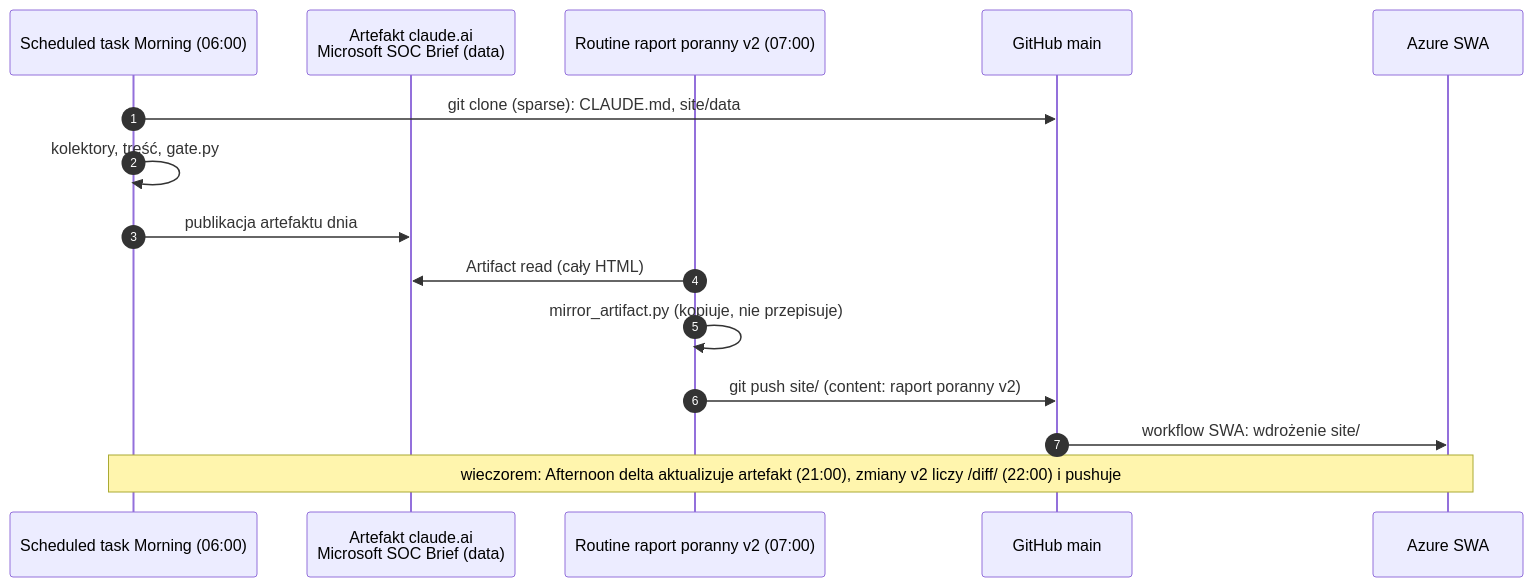
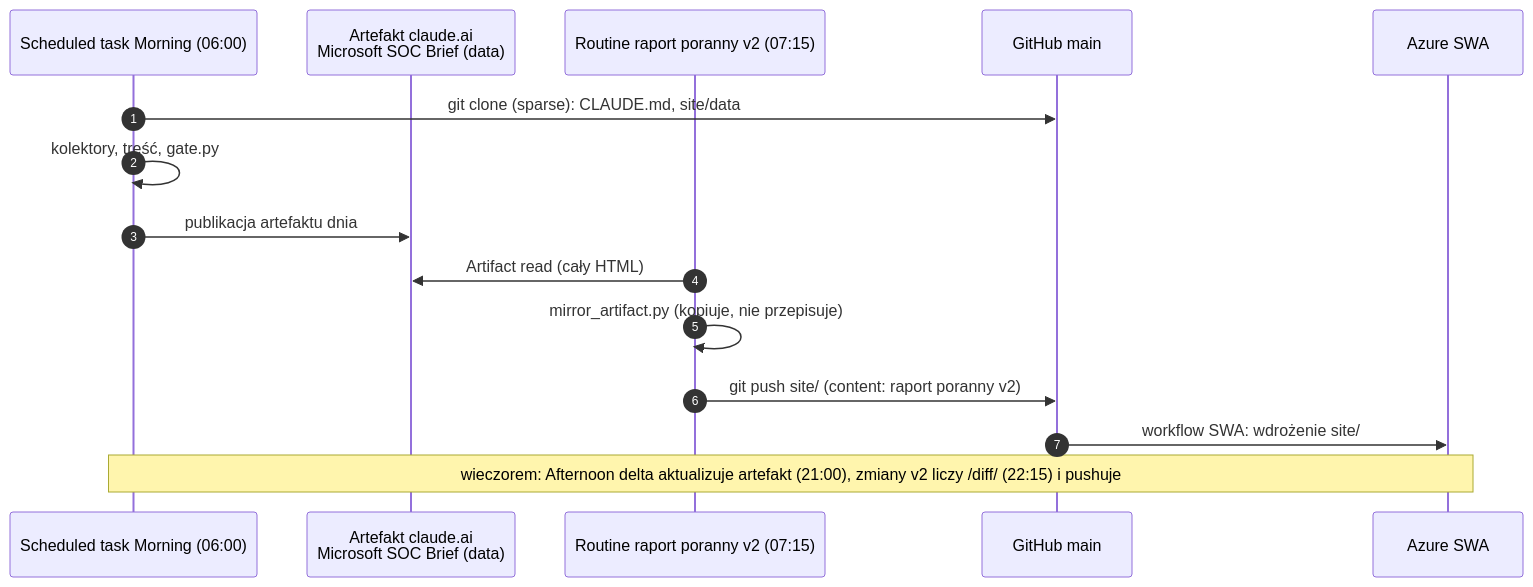
The third of 5 diagrams in README.md (wpiotrw/MS_SOC), drawn with Mermaid before and after one commit. The commit also changed other lines of this file, not shown here.

First line of the commit message:
docs: routine times 07:15 / 22:15 (Europe/Warsaw)

````diff
--- a/README.md
+++ b/README.md
@@ -286,17 +286,17 @@
 ```mermaid
 sequenceDiagram
     autonumber
     participant M as Scheduled task Morning (06:00)
     participant A as Artefakt claude.ai<br/>Microsoft SOC Brief (data)
-    participant R as Routine raport poranny v2 (07:00)
+    participant R as Routine raport poranny v2 (07:15)
     participant G as GitHub main
     participant S as Azure SWA
     M->>G: git clone (sparse): CLAUDE.md, site/data
     M->>M: kolektory, treść, gate.py
     M->>A: publikacja artefaktu dnia
     R->>A: Artifact read (cały HTML)
     R->>R: mirror_artifact.py (kopiuje, nie przepisuje)
     R->>G: git push site/ (content: raport poranny v2)
     G->>S: workflow SWA: wdrożenie site/
-    Note over M,S: wieczorem: Afternoon delta aktualizuje artefakt (21:00), zmiany v2 liczy /diff/ (22:00) i pushuje
+    Note over M,S: wieczorem: Afternoon delta aktualizuje artefakt (21:00), zmiany v2 liczy /diff/ (22:15) i pushuje
 ```
````
